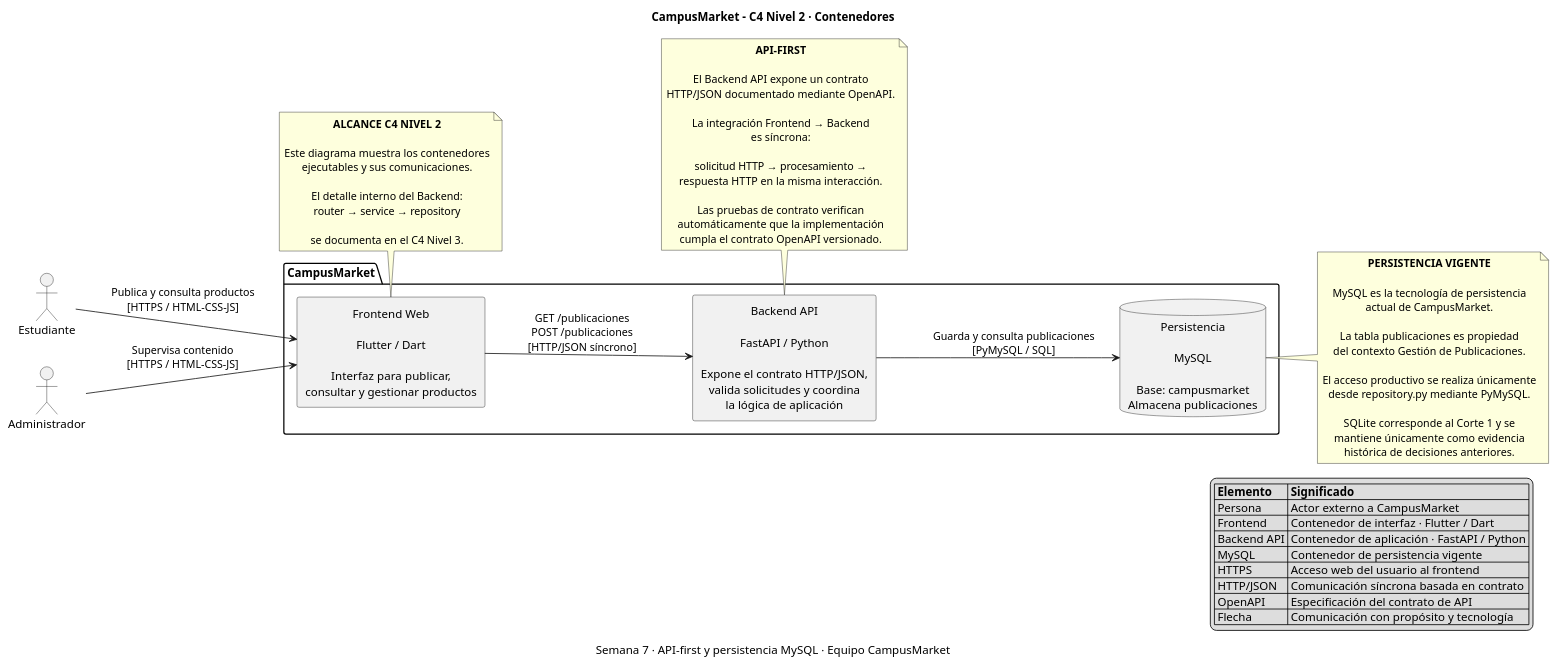
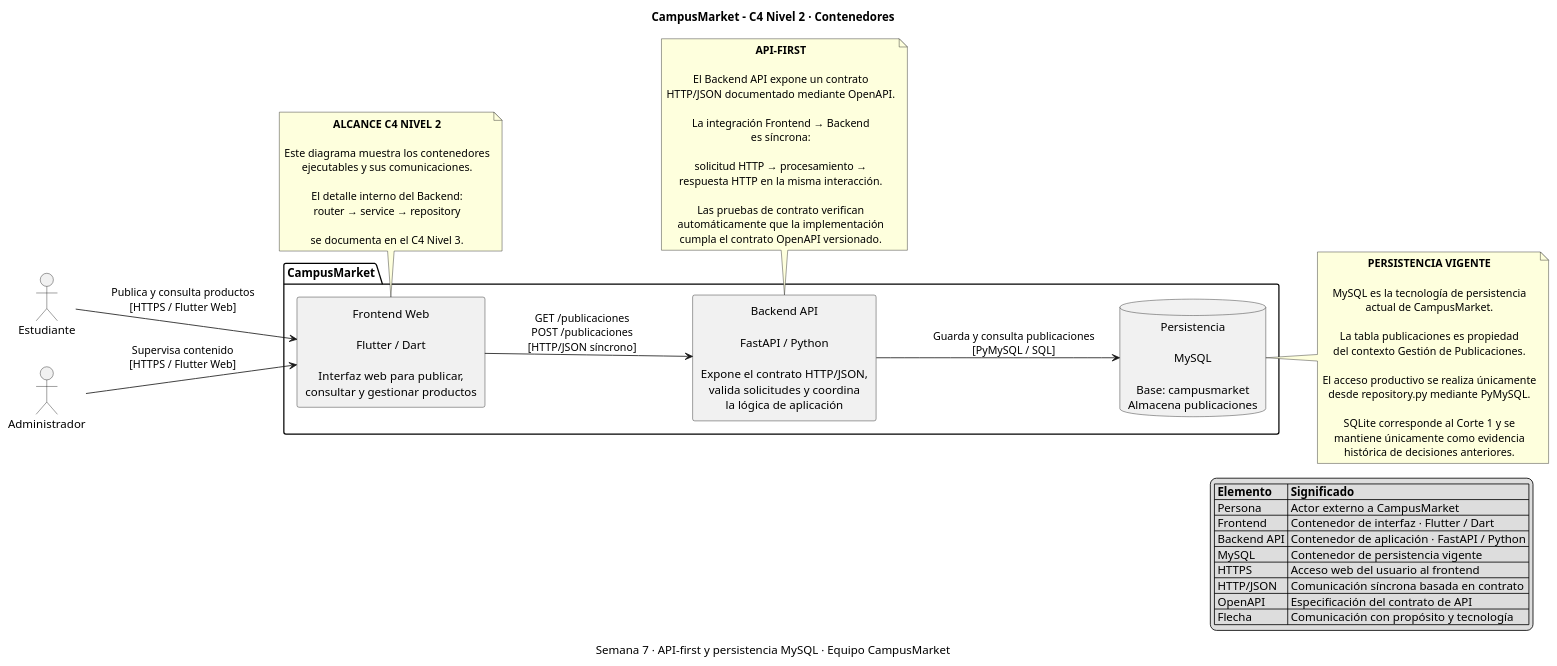
One commit to ISCOUTB/AS_202620_PROYECTO_CAMPUSMARKET changed the diagram in docs/c4/02-contenedores.puml. Above: the diagram before and after it, drawn with PlantUML.

Commit message:
Update frontend description and protocols in diagram

```diff
--- a/docs/c4/02-contenedores.puml
+++ b/docs/c4/02-contenedores.puml
@@ -1,90 +1,90 @@
 @startuml
 
 title CampusMarket - C4 Nivel 2 · Contenedores
 caption Semana 7 · API-first y persistencia MySQL · Equipo CampusMarket
 
 left to right direction
 
 skinparam shadowing false
 skinparam actorStyle stickman
 skinparam defaultTextAlignment center
 
 actor "Estudiante" as estudiante
 actor "Administrador" as administrador
 
 package "CampusMarket" {
 
-    rectangle "Frontend Web\n\nFlutter / Dart\n\nInterfaz para publicar,\nconsultar y gestionar productos" as frontend
+    rectangle "Frontend Web\n\nFlutter / Dart\n\nInterfaz web para publicar,\nconsultar y gestionar productos" as frontend
 
     rectangle "Backend API\n\nFastAPI / Python\n\nExpone el contrato HTTP/JSON,\nvalida solicitudes y coordina\nla lógica de aplicación" as backend
 
     database "Persistencia\n\nMySQL\n\nBase: campusmarket\nAlmacena publicaciones" as mysql
 }
 
-estudiante --> frontend : Publica y consulta productos\n[HTTPS / HTML-CSS-JS]
+estudiante --> frontend : Publica y consulta productos\n[HTTPS / Flutter Web]
 
-administrador --> frontend : Supervisa contenido\n[HTTPS / HTML-CSS-JS]
+administrador --> frontend : Supervisa contenido\n[HTTPS / Flutter Web]
 
 frontend --> backend : GET /publicaciones\nPOST /publicaciones\n[HTTP/JSON síncrono]
 
 backend --> mysql : Guarda y consulta publicaciones\n[PyMySQL / SQL]
 
 note bottom of backend
 **API-FIRST**
 
 El Backend API expone un contrato
 HTTP/JSON documentado mediante OpenAPI.
 
 La integración Frontend → Backend
 es síncrona:
 
 solicitud HTTP → procesamiento →
 respuesta HTTP en la misma interacción.
 
 Las pruebas de contrato verifican
 automáticamente que la implementación
 cumpla el contrato OpenAPI versionado.
 end note
 
 note right of mysql
 **PERSISTENCIA VIGENTE**
 
 MySQL es la tecnología de persistencia
 actual de CampusMarket.
 
 La tabla publicaciones es propiedad
 del contexto Gestión de Publicaciones.
 
 El acceso productivo se realiza únicamente
 desde repository.py mediante PyMySQL.
 
 SQLite corresponde al Corte 1 y se
 mantiene únicamente como evidencia
 histórica de decisiones anteriores.
 end note
 
 legend right
 |= Elemento |= Significado |
 | Persona | Actor externo a CampusMarket |
 | Frontend | Contenedor de interfaz · Flutter / Dart |
 | Backend API | Contenedor de aplicación · FastAPI / Python |
 | MySQL | Contenedor de persistencia vigente |
 | HTTPS | Acceso web del usuario al frontend |
 | HTTP/JSON | Comunicación síncrona basada en contrato |
 | OpenAPI | Especificación del contrato de API |
 | Flecha | Comunicación con propósito y tecnología |
 endlegend
 
 note bottom of frontend
 **ALCANCE C4 NIVEL 2**
 
 Este diagrama muestra los contenedores
 ejecutables y sus comunicaciones.
 
 El detalle interno del Backend:
 router → service → repository
 
 se documenta en el C4 Nivel 3.
 end note
 
 @enduml
```
